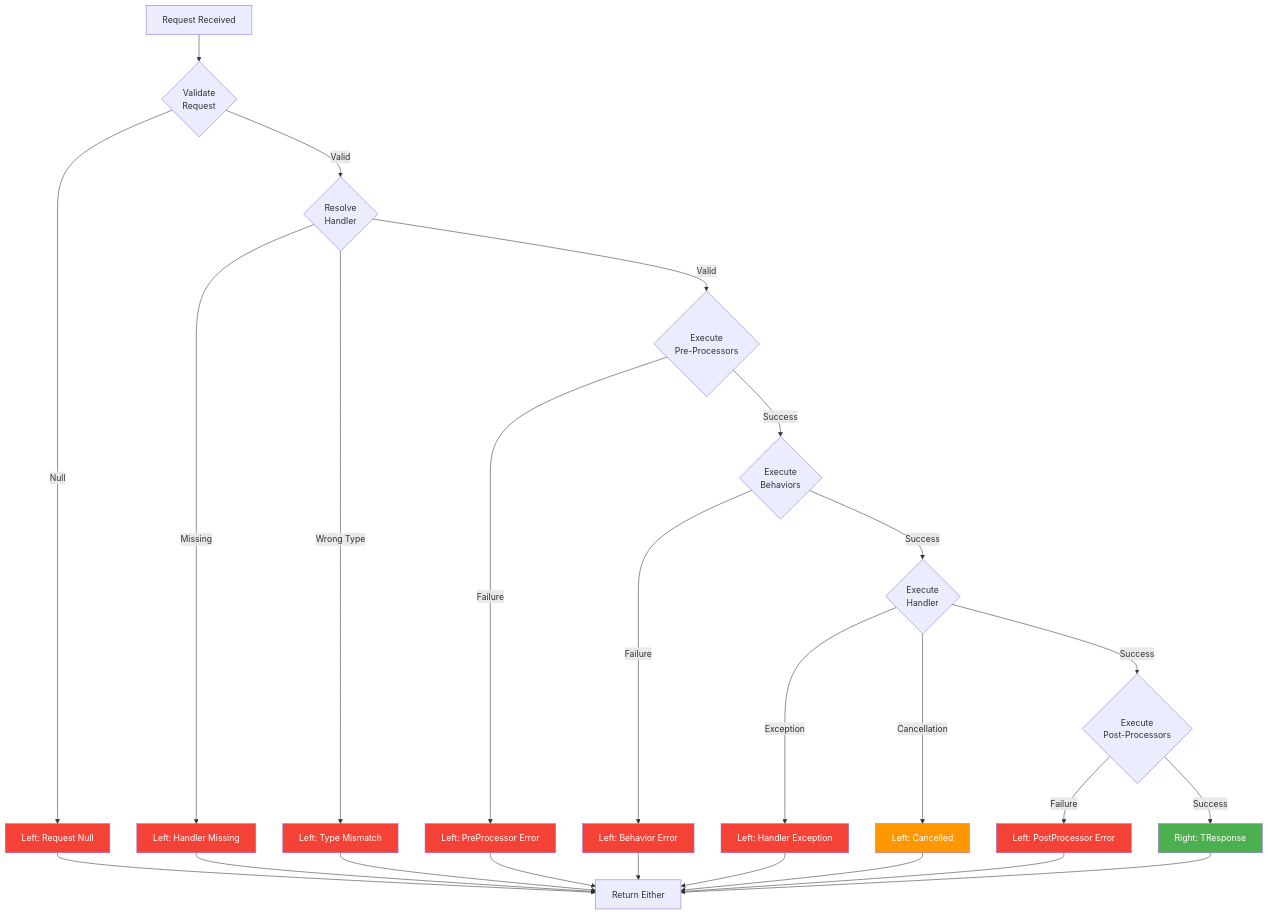
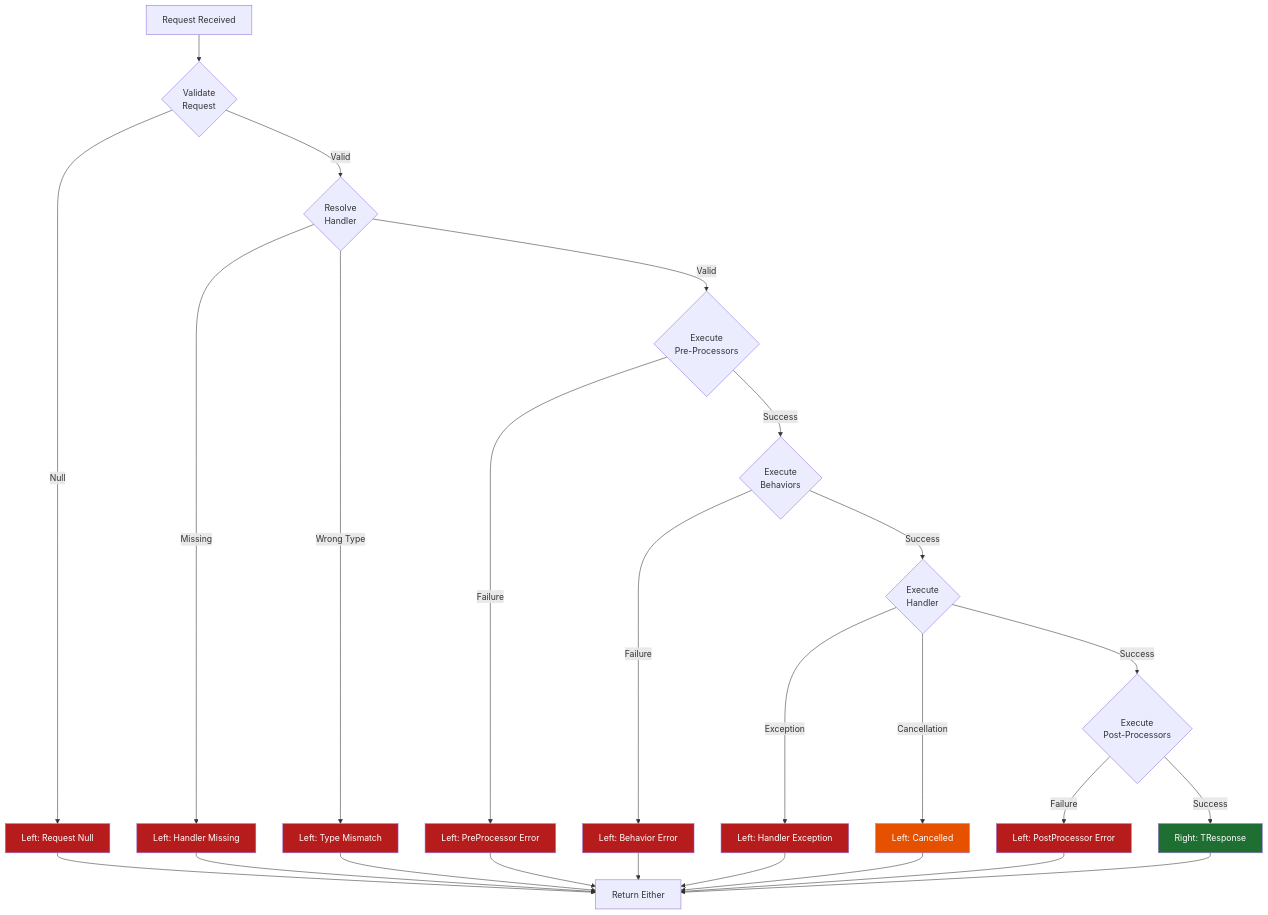
The fifth of 7 diagrams in docs/architecture/component-diagram.md (dlrivada/Encina), drawn with Mermaid before and after one commit. The commit also changed other lines of this file and 6 other files, not shown here.

First line of the commit message:
docs: replace hardcoded light-mode Mermaid colors with dark equivalents

````diff
--- a/docs/architecture/component-diagram.md
+++ b/docs/architecture/component-diagram.md
@@ -272,45 +272,45 @@
 ```mermaid
 graph TB
     Start[Request Received]
 
     Start --> ValidateRequest{Validate<br/>Request}
     ValidateRequest -->|Null| ErrorNull[Left: Request Null]
     ValidateRequest -->|Valid| ResolveHandler{Resolve<br/>Handler}
 
     ResolveHandler -->|Missing| ErrorMissing[Left: Handler Missing]
     ResolveHandler -->|Wrong Type| ErrorType[Left: Type Mismatch]
     ResolveHandler -->|Valid| PreProc{Execute<br/>Pre-Processors}
 
     PreProc -->|Failure| ErrorPreProc[Left: PreProcessor Error]
     PreProc -->|Success| Behaviors{Execute<br/>Behaviors}
 
     Behaviors -->|Failure| ErrorBehavior[Left: Behavior Error]
     Behaviors -->|Success| Handler{Execute<br/>Handler}
 
     Handler -->|Exception| ErrorHandler[Left: Handler Exception]
     Handler -->|Cancellation| ErrorCancel[Left: Cancelled]
     Handler -->|Success| PostProc{Execute<br/>Post-Processors}
 
     PostProc -->|Failure| ErrorPostProc[Left: PostProcessor Error]
     PostProc -->|Success| Success[Right: TResponse]
 
     ErrorNull --> Return[Return Either]
     ErrorMissing --> Return
     ErrorType --> Return
     ErrorPreProc --> Return
     ErrorBehavior --> Return
     ErrorHandler --> Return
     ErrorCancel --> Return
     ErrorPostProc --> Return
     Success --> Return
 
-    style ErrorNull fill:#f44336,color:#fff
-    style ErrorMissing fill:#f44336,color:#fff
-    style ErrorType fill:#f44336,color:#fff
-    style ErrorPreProc fill:#f44336,color:#fff
-    style ErrorBehavior fill:#f44336,color:#fff
-    style ErrorHandler fill:#f44336,color:#fff
-    style ErrorCancel fill:#ff9800,color:#fff
-    style ErrorPostProc fill:#f44336,color:#fff
-    style Success fill:#4caf50,color:#fff
+    style ErrorNull fill:#b71c1c,color:#fff
+    style ErrorMissing fill:#b71c1c,color:#fff
+    style ErrorType fill:#b71c1c,color:#fff
+    style ErrorPreProc fill:#b71c1c,color:#fff
+    style ErrorBehavior fill:#b71c1c,color:#fff
+    style ErrorHandler fill:#b71c1c,color:#fff
+    style ErrorCancel fill:#e65100,color:#fff
+    style ErrorPostProc fill:#b71c1c,color:#fff
+    style Success fill:#1e6f31,color:#fff
 ```
````
